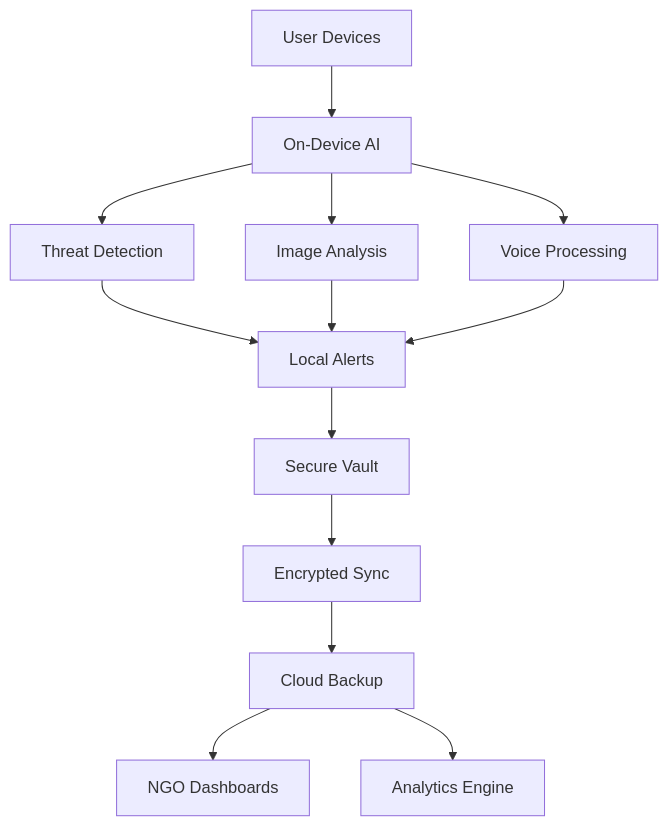
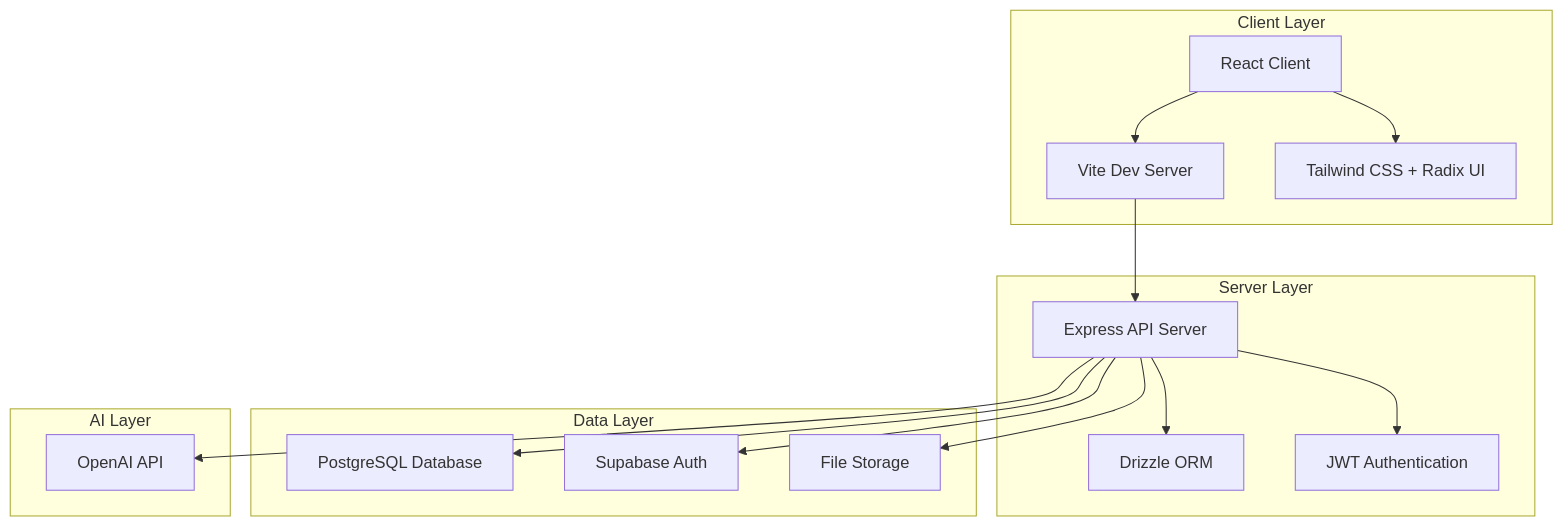
One commit to BOSSY254-LEVI/AURA changed the diagram in README.md. Above: the diagram before and after it, drawn with Mermaid. The commit also changed other lines of this file, not shown here.

````diff
--- a/README.md
+++ b/README.md
@@ -158,18 +94,35 @@
 ```mermaid
 graph TB
-    A[User Devices] --> B[On-Device AI]
-    B --> C[Threat Detection]
-    B --> D[Image Analysis]
-    B --> E[Voice Processing]
-    
-    C --> F[Local Alerts]
-    D --> F
-    E --> F
-    
-    F --> G[Secure Vault]
-    G --> H[Encrypted Sync]
-    H --> I[Cloud Backup]
-    
-    I --> J[NGO Dashboards]
-    I --> K[Analytics Engine]
+    A[React Client] --> B[Vite Dev Server]
+    B --> C[Express API Server]
+    C --> D[PostgreSQL Database]
+    C --> E[Supabase Auth]
+    C --> F[OpenAI API]
+    C --> G[File Storage]
+
+    A --> H[Tailwind CSS + Radix UI]
+    C --> I[Drizzle ORM]
+    C --> J[JWT Authentication]
+
+    subgraph "Client Layer"
+        A
+        B
+        H
+    end
+
+    subgraph "Server Layer"
+        C
+        I
+        J
+    end
+
+    subgraph "Data Layer"
+        D
+        E
+        G
+    end
+
+    subgraph "AI Layer"
+        F
+    end
 ```
````
